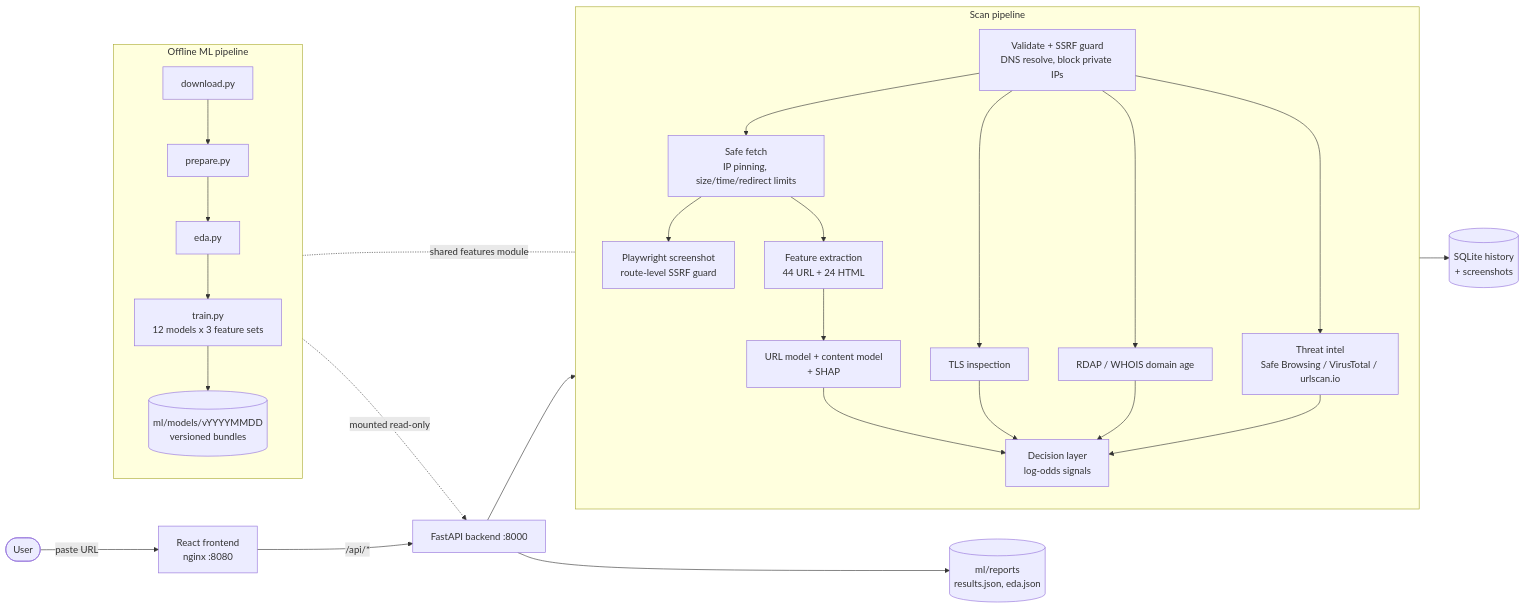
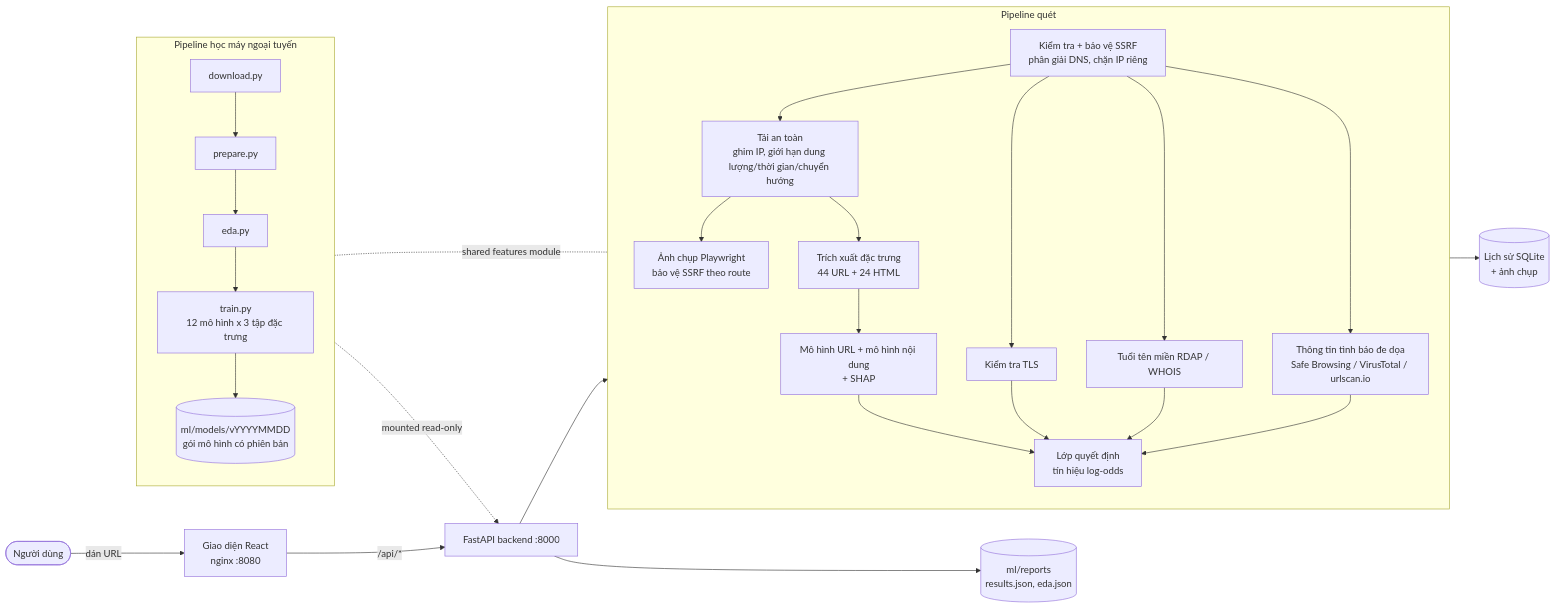
Before and after one commit to Liuyufang05/checkwebsite: the diagram in README.md, drawn with Mermaid. The commit also changed other lines of this file and 41 other files, not shown here.

````diff
--- a/README.md
+++ b/README.md
@@ -91,31 +94,31 @@
 ```mermaid
 flowchart LR
-    U([User]) -->|paste URL| FE[React frontend<br/>nginx :8080]
+    U([Người dùng]) -->|dán URL| FE[Giao diện React<br/>nginx :8080]
     FE -->|/api/*| API[FastAPI backend :8000]
 
-    subgraph Scanner[Scan pipeline]
+    subgraph Scanner[Pipeline quét]
       direction TB
-      V[Validate + SSRF guard<br/>DNS resolve, block private IPs] --> F[Safe fetch<br/>IP pinning, size/time/redirect limits]
-      V --> T[TLS inspection]
-      V --> W[RDAP / WHOIS domain age]
-      V --> I[Threat intel<br/>Safe Browsing / VirusTotal / urlscan.io]
-      F --> S[Playwright screenshot<br/>route-level SSRF guard]
-      F --> X[Feature extraction<br/>44 URL + 24 HTML]
-      X --> M[URL model + content model<br/>+ SHAP]
-      M --> D[Decision layer<br/>log-odds signals]
+      V[Kiểm tra + bảo vệ SSRF<br/>phân giải DNS, chặn IP riêng] --> F[Tải an toàn<br/>ghim IP, giới hạn dung lượng/thời gian/chuyển hướng]
+      V --> T[Kiểm tra TLS]
+      V --> W[Tuổi tên miền RDAP / WHOIS]
+      V --> I[Thông tin tình báo đe dọa<br/>Safe Browsing / VirusTotal / urlscan.io]
+      F --> S[Ảnh chụp Playwright<br/>bảo vệ SSRF theo route]
+      F --> X[Trích xuất đặc trưng<br/>44 URL + 24 HTML]
+      X --> M[Mô hình URL + mô hình nội dung<br/>+ SHAP]
+      M --> D[Lớp quyết định<br/>tín hiệu log-odds]
       T --> D
       W --> D
       I --> D
     end
 
     API --> Scanner
-    D --> H[(SQLite history<br/>+ screenshots)]
+    D --> H[(Lịch sử SQLite<br/>+ ảnh chụp)]
     API --> R[(ml/reports<br/>results.json, eda.json)]
 
-    subgraph ML[Offline ML pipeline]
+    subgraph ML[Pipeline học máy ngoại tuyến]
       direction TB
-      DL[download.py] --> P[prepare.py] --> E[eda.py] --> TR[train.py<br/>12 models x 3 feature sets] --> B[(ml/models/vYYYYMMDD<br/>versioned bundles)]
+      DL[download.py] --> P[prepare.py] --> E[eda.py] --> TR[train.py<br/>12 mô hình x 3 tập đặc trưng] --> B[(ml/models/vYYYYMMDD<br/>gói mô hình có phiên bản)]
     end
     B -. mounted read-only .-> API
     P -. shared features module .- X
 ```
````
